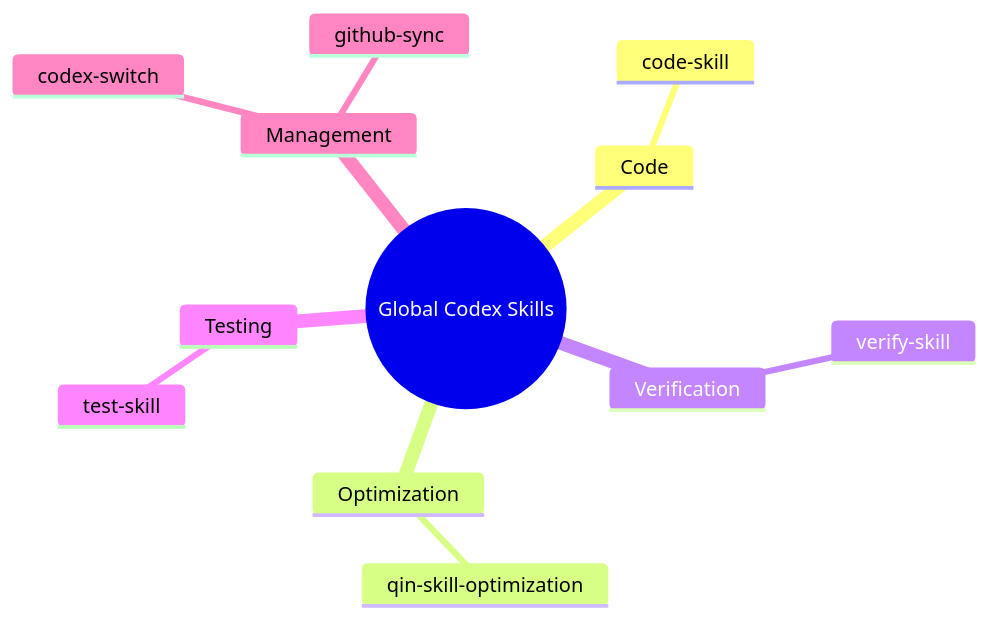
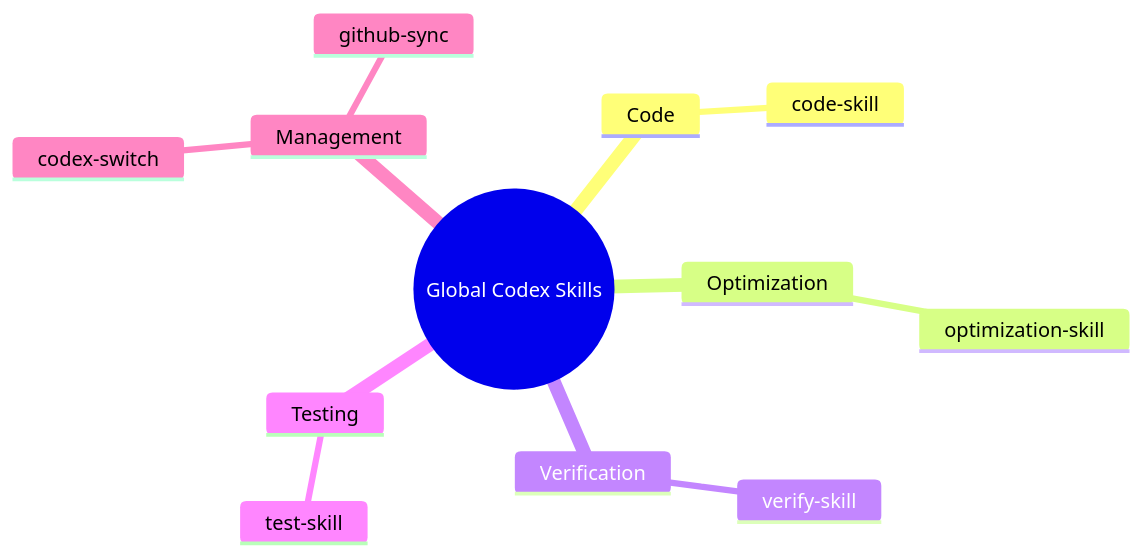
The diagram in current_global_skills_overview.md (qinbatista/qin-codex-skills), drawn with Mermaid before and after one commit. The commit also changed other lines of this file and 6 other files, not shown here.

Commit message:
Rename skill optimization to optimization-skill

````diff
--- a/current_global_skills_overview.md
+++ b/current_global_skills_overview.md
@@ -18,15 +18,15 @@
 ```mermaid
 mindmap
   root((Global Codex Skills))
     Code
       code-skill
     Optimization
-      qin-skill-optimization
+      optimization-skill
     Verification
       verify-skill
     Testing
       test-skill
     Management
       codex-switch
       github-sync
 ```
````
